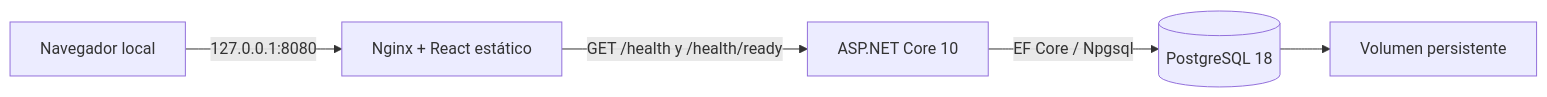
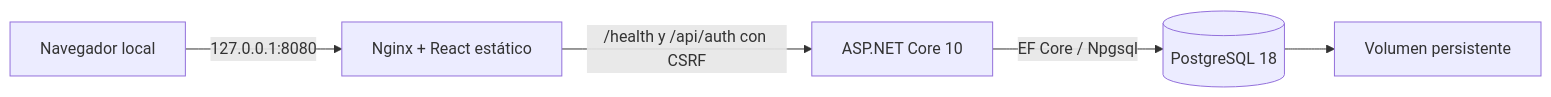
The diagram in docs/ARCHITECTURE.md (jesusagudo25/AlineaApp), drawn with Mermaid before and after one commit. The commit also changed other lines of this file and 81 other files, not shown here.

First line of the commit message:
feat(auth): Implement authentication API and frontend integration

````diff
--- a/docs/ARCHITECTURE.md
+++ b/docs/ARCHITECTURE.md
@@ -3,7 +3,7 @@
 ```mermaid
 flowchart LR
   Browser[Navegador local] -->|127.0.0.1:8080| Web[Nginx + React estático]
-  Web -->|GET /health y /health/ready| API[ASP.NET Core 10]
+  Web -->|/health y /api/auth con CSRF| API[ASP.NET Core 10]
   API -->|EF Core / Npgsql| DB[(PostgreSQL 18)]
   DB --> Volume[Volumen persistente]
 ```
````
